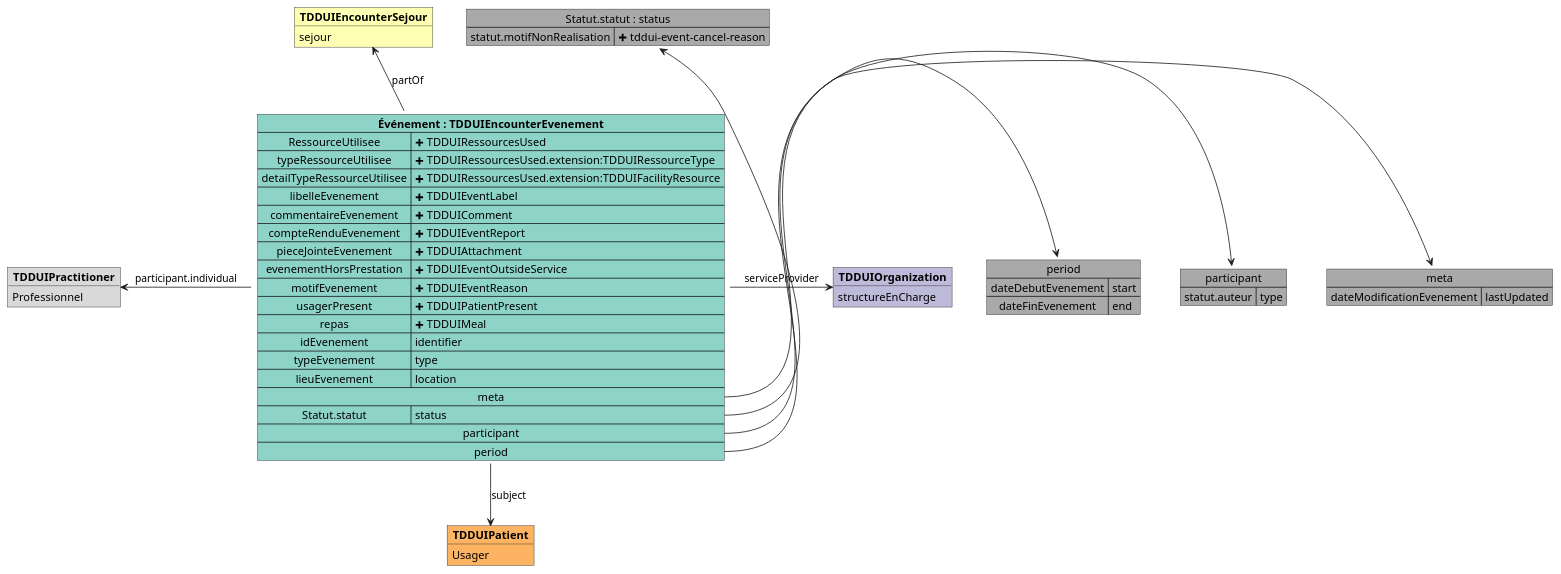
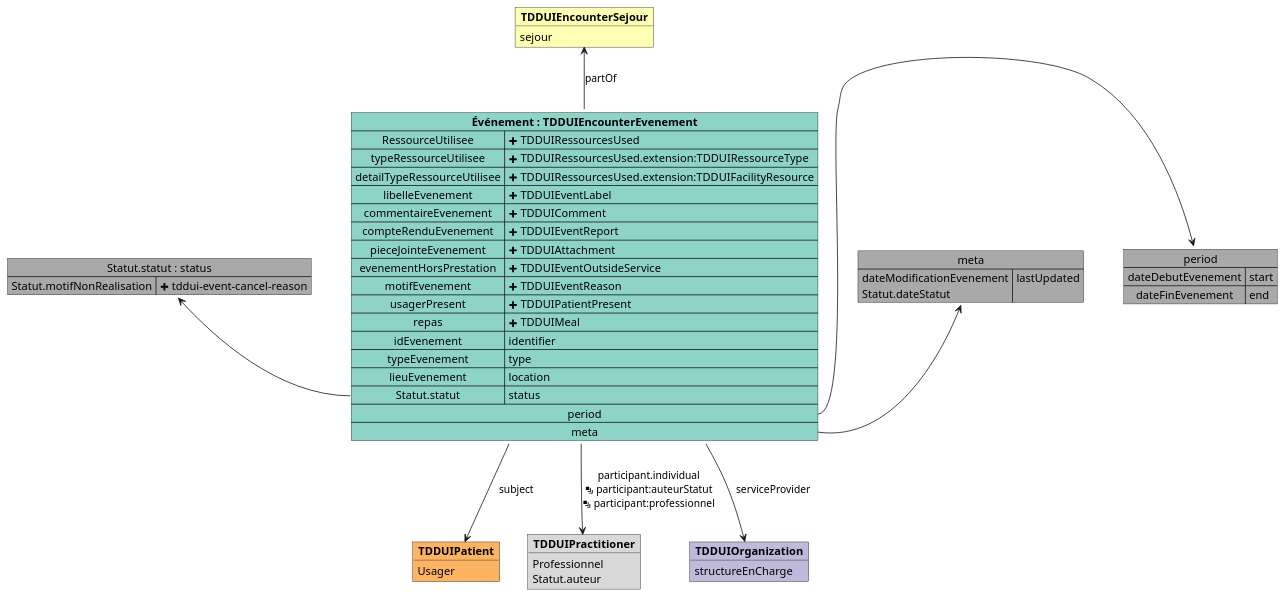
Before and after one commit to ansforge/IG-fhir-medicosocial-transfert-donnees-dui: the diagram in input/images-source/mapping_TDDUIEncounterEvenement.plantuml, drawn with PlantUML. The commit also changed 10 other files, not shown here.

```diff
--- a/input/images-source/mapping_TDDUIEncounterEvenement.plantuml
+++ b/input/images-source/mapping_TDDUIEncounterEvenement.plantuml
@@ -1,64 +1,60 @@
 @startuml
 
 map "meta" as meta #DarkGray {
-    dateModificationEvenement => lastUpdated
+    dateModificationEvenement\nStatut.dateStatut => lastUpdated
 }
 
 map "Statut.statut : status" as Statutstatut #DarkGray {
-    statut.motifNonRealisation => <&plus> tddui-event-cancel-reason
-}
-
-map "participant" as participant #DarkGray {
-    statut.auteur => type
+    Statut.motifNonRealisation => <&plus> tddui-event-cancel-reason
 }
 
 map "period" as period #DarkGray {
     dateDebutEvenement => start
     dateFinEvenement => end
 }
 
 object "**TDDUIPatient**" as TDDUIPatient #fdb462 {
     Usager
 }
 
 object "**TDDUIPractitioner**" as TDDUIPractitioner #d9d9d9 {
     Professionnel
+    Statut.auteur
 }
 
 object "**TDDUIOrganization**" as TDDUIOrganization #bebada {
     structureEnCharge
 }
 
 object "**TDDUIEncounterSejour**" as TDDUIEncounterSejour #ffffb3 {
     sejour
 }
 
 map "**Événement : TDDUIEncounterEvenement**" as Événement #8dd3c7 {
     RessourceUtilisee => <&plus> TDDUIRessourcesUsed
     typeRessourceUtilisee => <&plus> TDDUIRessourcesUsed.extension:TDDUIRessourceType
     detailTypeRessourceUtilisee => <&plus> TDDUIRessourcesUsed.extension:TDDUIMaterialDetail
     detailTypeRessourceUtilisee => <&plus> TDDUIRessourcesUsed.extension:TDDUIFacilityResource
     libelleEvenement => <&plus> TDDUIEventLabel
     commentaireEvenement => <&plus> TDDUIComment
     compteRenduEvenement => <&plus> TDDUIEventReport
     pieceJointeEvenement => <&plus> TDDUIAttachment
     evenementHorsPrestation => <&plus> TDDUIEventOutsideService
     motifEvenement => <&plus> TDDUIEventReason
     usagerPresent => <&plus> TDDUIPatientPresent
     repas => <&plus> TDDUIMeal
     idEvenement => identifier
     typeEvenement => type
     lieuEvenement => location
+    Statut.statut => status    
+    period *-> period
     meta *-> meta
-    Statut.statut => status
-    participant *-> participant
-    period *-> period
 }
 
-Événement::Statut.statut -u-> Statutstatut
-Événement -d-> TDDUIPatient : subject
-Événement -l-> TDDUIPractitioner : participant.individual
-Événement -r-> TDDUIOrganization : serviceProvider
+Événement::Statut.statut -l-> Statutstatut
+Événement --> TDDUIPatient : subject
+Événement --> TDDUIPractitioner : participant.individual\n<&layers> participant:auteurStatut\n<&layers> participant:professionnel
+Événement --> TDDUIOrganization : serviceProvider
 Événement -u-> TDDUIEncounterSejour : partOf
 
 @enduml
```
